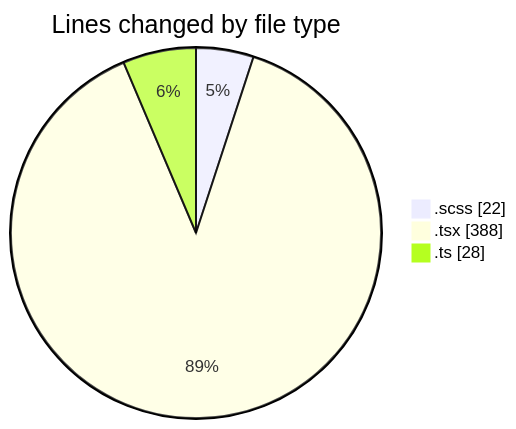
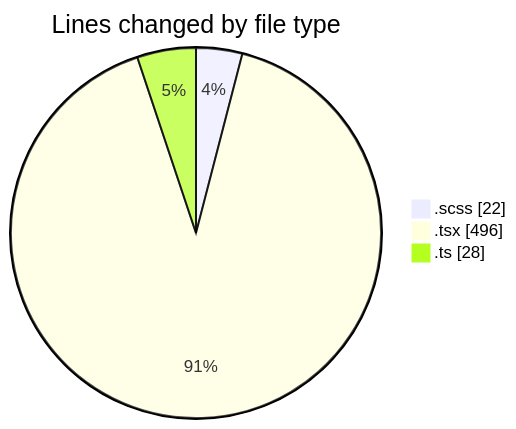
The first of 2 diagrams in 2025-02-10/cda/README.md (momahboobian/code-tracking), drawn with Mermaid before and after one commit. The commit also changed other lines of this file and 1 other file, not shown here.

````diff
--- a/2025-02-10/cda/README.md
+++ b/2025-02-10/cda/README.md
@@ -24,7 +24,7 @@
 ```mermaid
 pie showData
 title Lines changed by file type
 ".scss" : 22
-".tsx" : 388
+".tsx" : 496
 ".ts" : 28
 ```
````
